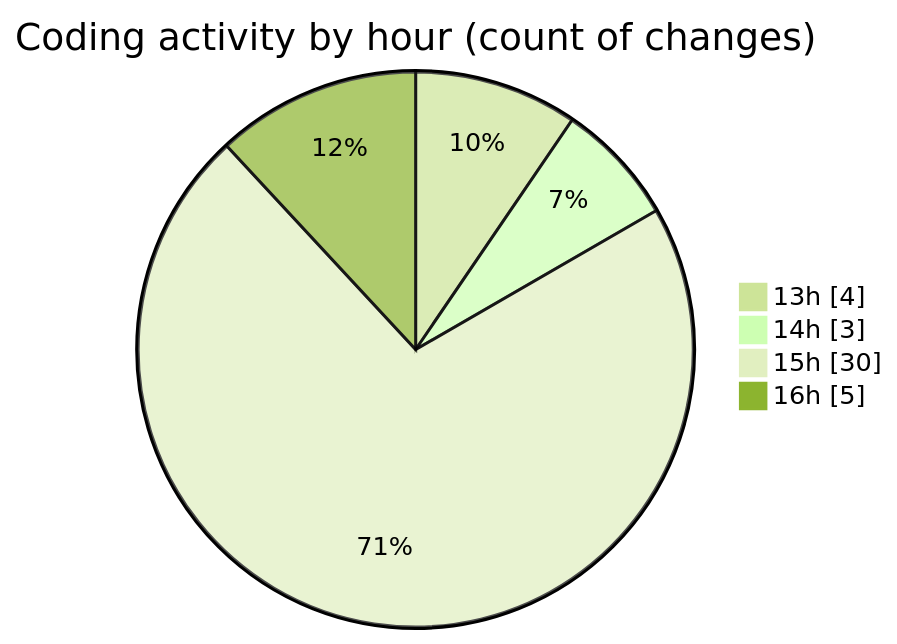
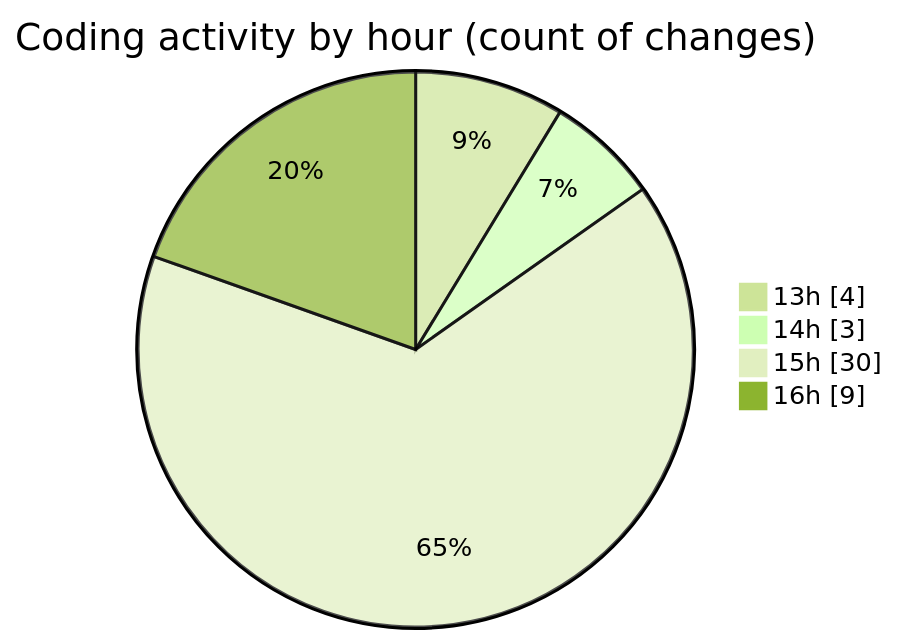
One commit to EIIisD/code-tracking changed the second of 2 diagrams in 2025-08-11/ribbon/README.md. Above: the diagram before and after it, drawn with Mermaid (forest theme). The commit also changed other lines of this file and 1 other file, not shown here.

````diff
--- a/2025-08-11/ribbon/README.md
+++ b/2025-08-11/ribbon/README.md
@@ -49,8 +49,8 @@
 ```mermaid
 pie showData
 title Coding activity by hour (count of changes)
 "13h" : 4
 "14h" : 3
 "15h" : 30
-"16h" : 5
+"16h" : 9
 ```
````
